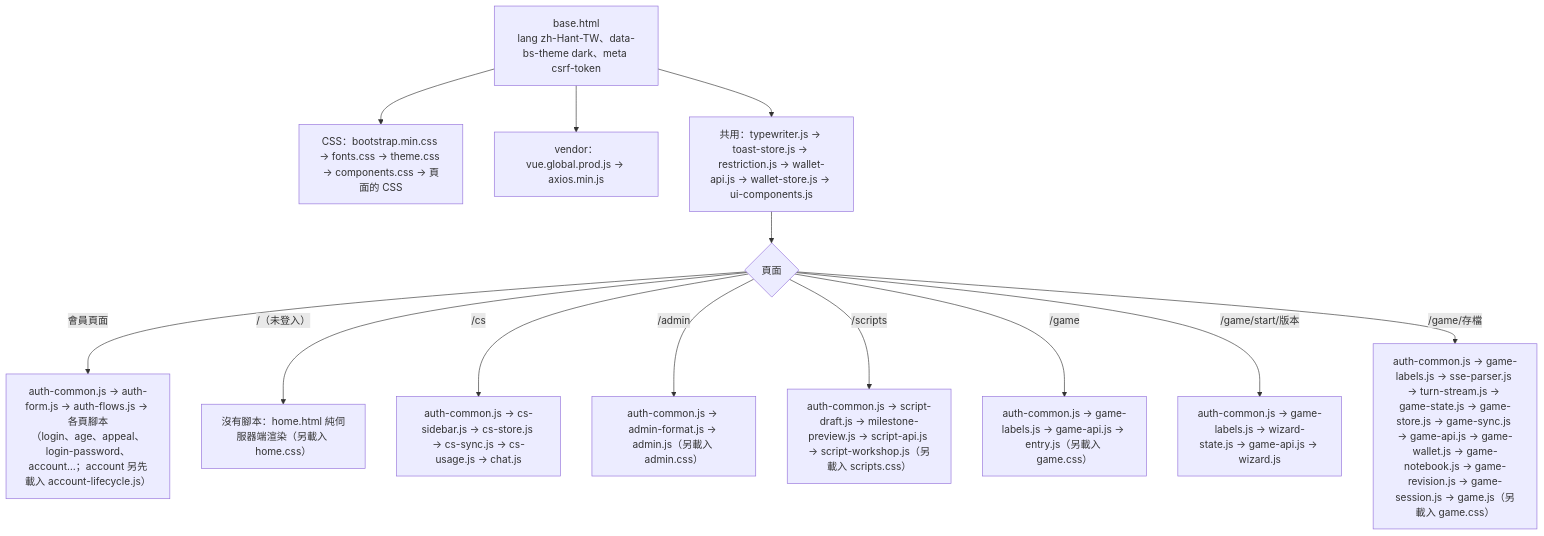
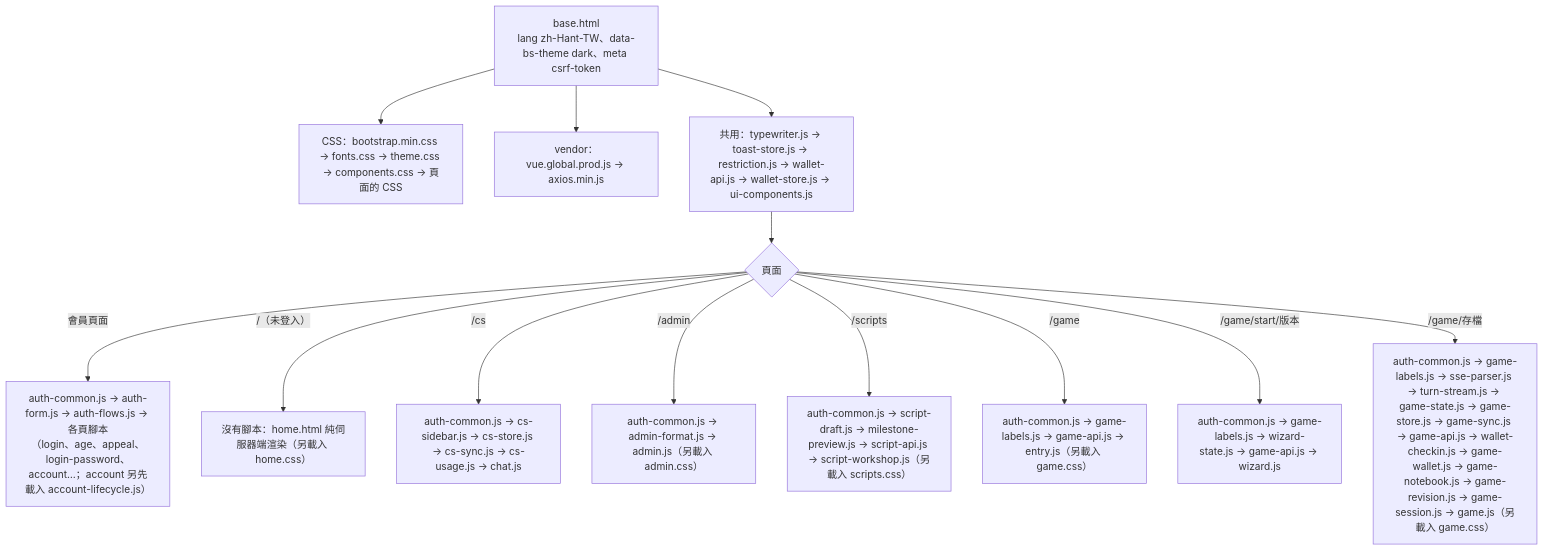
Before and after one commit to pp466pp466/R.A.C: the first of 12 diagrams in docs/前端結構-frontend.md, drawn with Mermaid. The commit also changed other lines of this file and 8 other files, not shown here.

First line of the commit message:
wallet-hub 第 2 批：簽到狀態機抽成共用的 ui/wallet-checkin.js（任務 2.1–2.2，純重構）

````diff
--- a/docs/前端結構-frontend.md
+++ b/docs/前端結構-frontend.md
@@ -11,16 +11,16 @@
 ```mermaid
 flowchart TD
     Base["base.html<br/>lang zh-Hant-TW、data-bs-theme dark、meta csrf-token"]
     Base --> Css["CSS：bootstrap.min.css → fonts.css → theme.css → components.css → 頁面的 CSS"]
     Base --> Vendor["vendor：vue.global.prod.js → axios.min.js"]
     Base --> Ui["共用：typewriter.js → toast-store.js → restriction.js → wallet-api.js → wallet-store.js → ui-components.js"]
     Ui --> Page{"頁面"}
     Page -->|"會員頁面"| Auth["auth-common.js → auth-form.js → auth-flows.js → 各頁腳本<br/>（login、age、appeal、login-password、account…；account 另先載入 account-lifecycle.js）"]
     Page -->|"/（未登入）"| Home["沒有腳本：home.html 純伺服器端渲染（另載入 home.css）"]
     Page -->|"/cs"| Cs["auth-common.js → cs-sidebar.js → cs-store.js → cs-sync.js → cs-usage.js → chat.js"]
     Page -->|"/admin"| Adm["auth-common.js → admin-format.js → admin.js（另載入 admin.css）"]
     Page -->|"/scripts"| Scr["auth-common.js → script-draft.js → milestone-preview.js → script-api.js → script-workshop.js（另載入 scripts.css）"]
     Page -->|"/game"| Gm["auth-common.js → game-labels.js → game-api.js → entry.js（另載入 game.css）"]
     Page -->|"/game/start/版本"| Wzd["auth-common.js → game-labels.js → wizard-state.js → game-api.js → wizard.js"]
-    Page -->|"/game/存檔"| Gsv["auth-common.js → game-labels.js → sse-parser.js → turn-stream.js → game-state.js → game-store.js → game-sync.js → game-api.js → game-wallet.js → game-notebook.js → game-revision.js → game-session.js → game.js（另載入 game.css）"]
+    Page -->|"/game/存檔"| Gsv["auth-common.js → game-labels.js → sse-parser.js → turn-stream.js → game-state.js → game-store.js → game-sync.js → game-api.js → wallet-checkin.js → game-wallet.js → game-notebook.js → game-revision.js → game-session.js → game.js（另載入 game.css）"]
 ```
````
